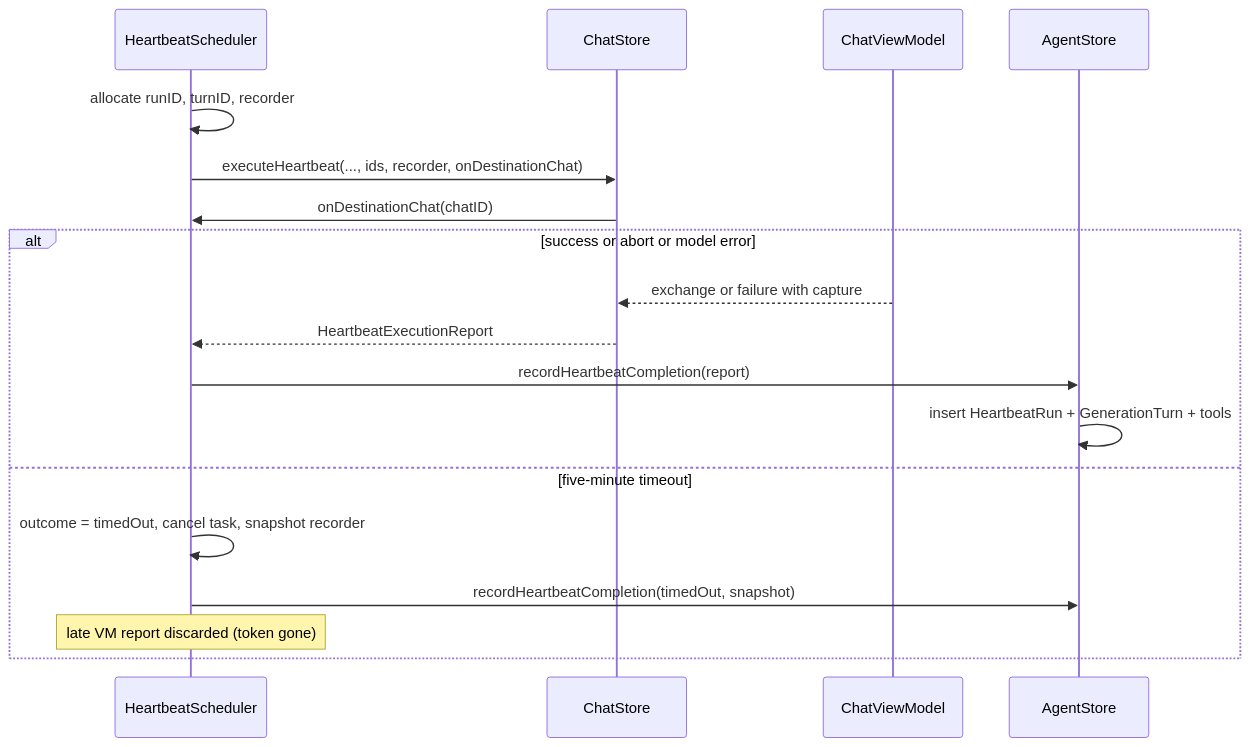
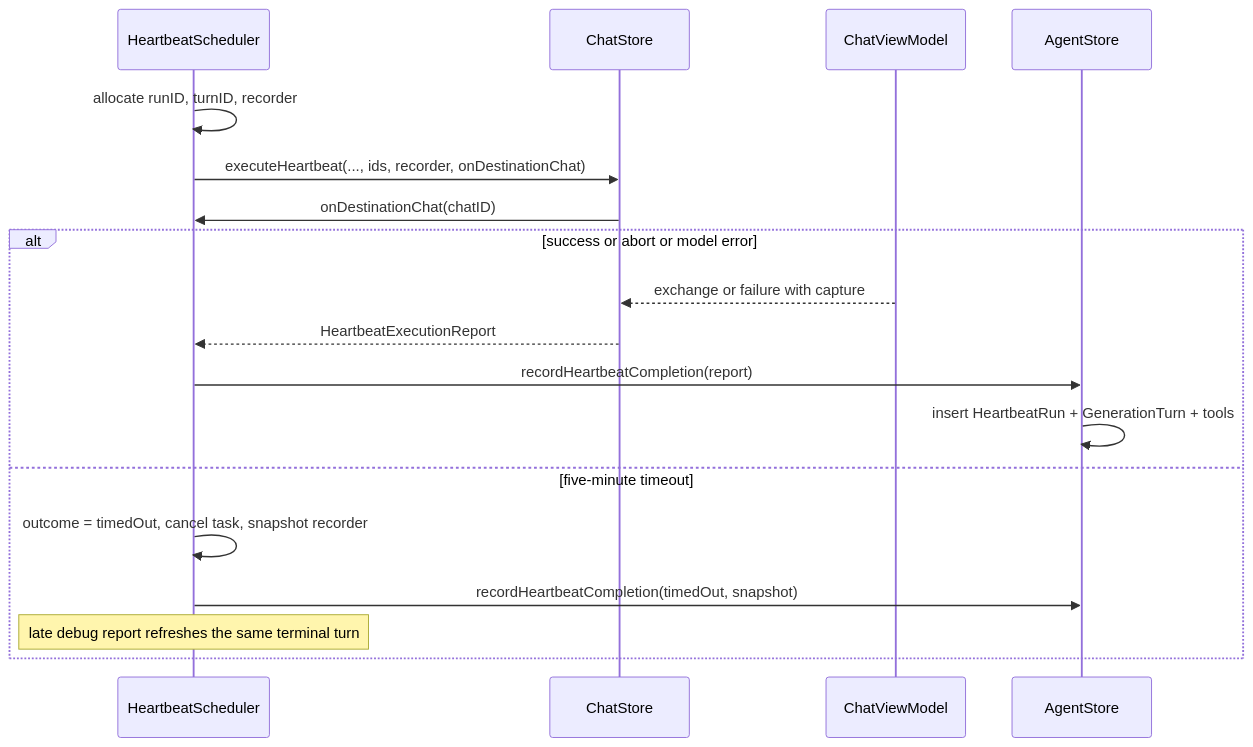
Before and after one commit to ezachrisen/chat: the third of 4 diagrams in docs/session-storage.md, drawn with Mermaid. The commit also changed other lines of this file and 22 other files, not shown here.

````diff
--- a/docs/session-storage.md
+++ b/docs/session-storage.md
@@ -501,21 +501,21 @@
 ```mermaid
 sequenceDiagram
     participant Sch as HeartbeatScheduler
     participant Store as ChatStore
     participant VM as ChatViewModel
     participant AS as AgentStore
 
     Sch->>Sch: allocate runID, turnID, recorder
     Sch->>Store: executeHeartbeat(..., ids, recorder, onDestinationChat)
     Store->>Sch: onDestinationChat(chatID)
     alt success or abort or model error
         VM-->>Store: exchange or failure with capture
         Store-->>Sch: HeartbeatExecutionReport
         Sch->>AS: recordHeartbeatCompletion(report)
         AS->>AS: insert HeartbeatRun + GenerationTurn + tools
     else five-minute timeout
         Sch->>Sch: outcome = timedOut, cancel task, snapshot recorder
         Sch->>AS: recordHeartbeatCompletion(timedOut, snapshot)
-        Note over Sch: late VM report discarded (token gone)
+        Note over Sch: late debug report refreshes the same terminal turn
     end
 ```
````
